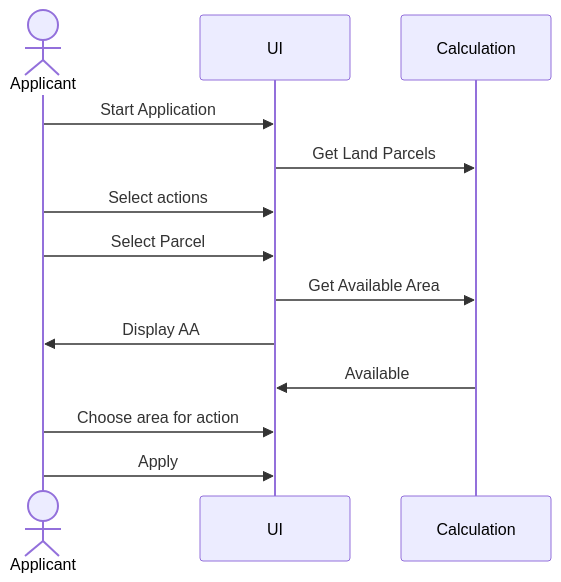
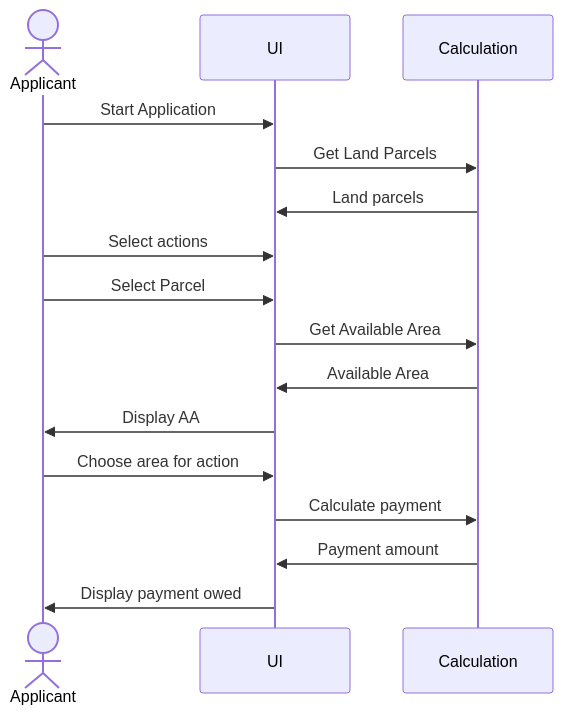
The fourth of 4 diagrams in architecture.md (DEFRA/ffc-rps-scratchpad), drawn with Mermaid before and after one commit. The commit also changed other lines of this file, not shown here.

Commit message:
added more to demo sequence diagram

````diff
--- a/architecture.md
+++ b/architecture.md
@@ -71,15 +75,17 @@
 ```mermaid
 sequenceDiagram
 actor Applicant
 
 Applicant->>UI: Start Application
 UI->>Calculation: Get Land Parcels
+Calculation->>UI: Land parcels
 Applicant->>UI: Select actions
 Applicant->>UI: Select Parcel
 UI->>Calculation: Get Available Area
+Calculation->>UI: Available Area
 UI->>Applicant: Display AA
-Calculation->>UI: Available
 Applicant->>UI: Choose area for action
-Applicant->>UI: Apply
-
+UI->>Calculation: Calculate payment 
+Calculation->>UI: Payment amount
+UI->>Applicant: Display payment owed
 ```
````
